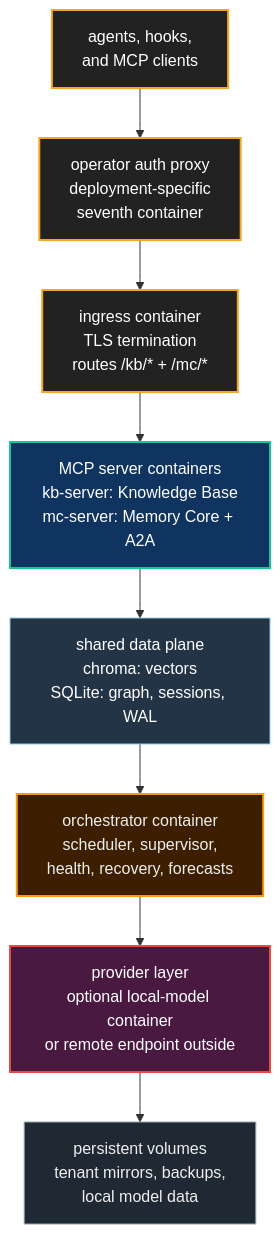
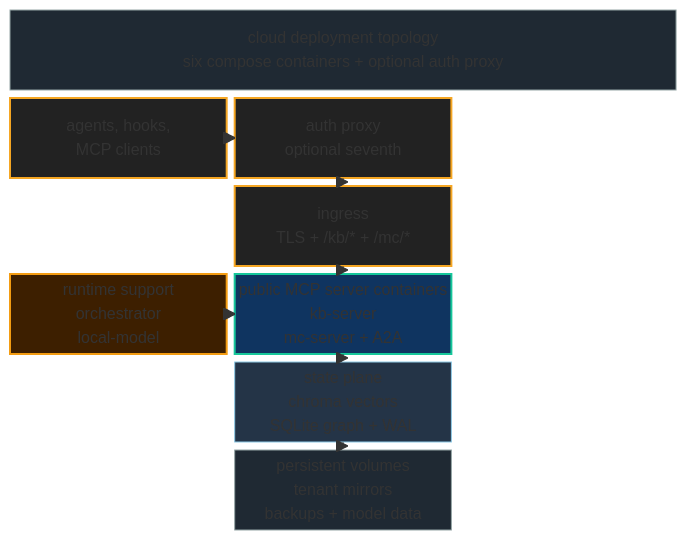
Before and after one commit to neomjs/neo: the second of 2 diagrams in learn/benefits/DeployingTheAgentOS.md, drawn with Mermaid. The commit also changed other lines of this file, not shown here.

Commit message:
docs(benefits): add Agent OS deployment topology view (#14321)

````diff
--- a/learn/benefits/DeployingTheAgentOS.md
+++ b/learn/benefits/DeployingTheAgentOS.md
@@ -75,26 +80,28 @@
 ```mermaid
-flowchart TD
+block
+    columns 3
+    Stack["cloud deployment topology<br/>six compose containers + optional auth proxy"]:3
+    Clients["agents, hooks,<br/>MCP clients"] Auth["auth proxy<br/>optional seventh"] space
+    space Ingress["ingress<br/>TLS + /kb/* + /mc/*"] space
+    Runtime["runtime support<br/>orchestrator<br/>local-model"] PublicMcp["public MCP server containers<br/>kb-server<br/>mc-server + A2A"] space
+    space StatePlane["state plane<br/>chroma vectors<br/>SQLite graph + WAL"] space
+    space Persist["persistent volumes<br/>tenant mirrors<br/>backups + model data"] space
+
+    Clients --> Auth
+    Auth --> Ingress
+    Ingress --> PublicMcp
+    PublicMcp --> StatePlane
+    Runtime --> PublicMcp
+    StatePlane --> Persist
+
     classDef public fill:#222,stroke:#f5a623,stroke-width:2px,color:#fff
     classDef mcp fill:#0f3460,stroke:#16c79a,stroke-width:2px,color:#fff
     classDef infra fill:#243447,stroke:#8ecae6,stroke-width:1px,color:#fff
     classDef control fill:#3d1f00,stroke:#f39c12,stroke-width:2px,color:#eee
-    classDef model fill:#4a1942,stroke:#e74c3c,stroke-width:2px,color:#fff
     classDef volume fill:#1f2933,stroke:#95a5a6,stroke-width:1px,color:#eee
-
-    Clients["agents, hooks,<br/>and MCP clients"]:::public
-    AuthProxy["operator auth proxy<br/>deployment-specific<br/>seventh container"]:::public
-    Ingress["ingress container<br/>TLS termination<br/>routes /kb/* + /mc/*"]:::public
-    McpServers["MCP server containers<br/>kb-server: Knowledge Base<br/>mc-server: Memory Core + A2A"]:::mcp
-    DataPlane["shared data plane<br/>chroma: vectors<br/>SQLite: graph, sessions, WAL"]:::infra
-    Orchestrator["orchestrator container<br/>scheduler, supervisor,<br/>health, recovery, forecasts"]:::control
-    Provider["provider layer<br/>optional local-model container<br/>or remote endpoint outside"]:::model
-    State["persistent volumes<br/>tenant mirrors, backups,<br/>local model data"]:::volume
-
-    Clients --> AuthProxy
-    AuthProxy --> Ingress
-    Ingress --> McpServers
-    McpServers --> DataPlane
-    DataPlane --> Orchestrator
-    Orchestrator --> Provider
-    Provider --> State
+    class Clients,Auth,Ingress public
+    class PublicMcp mcp
+    class StatePlane infra
+    class Runtime control
+    class Persist,Stack volume
 ```
````
